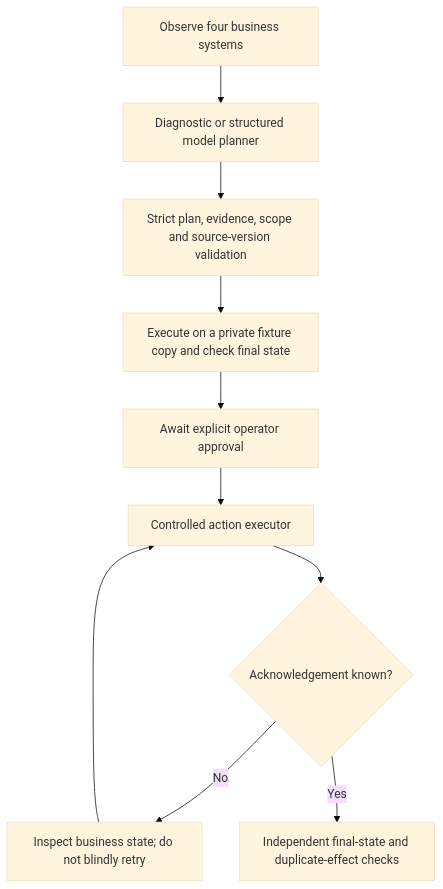
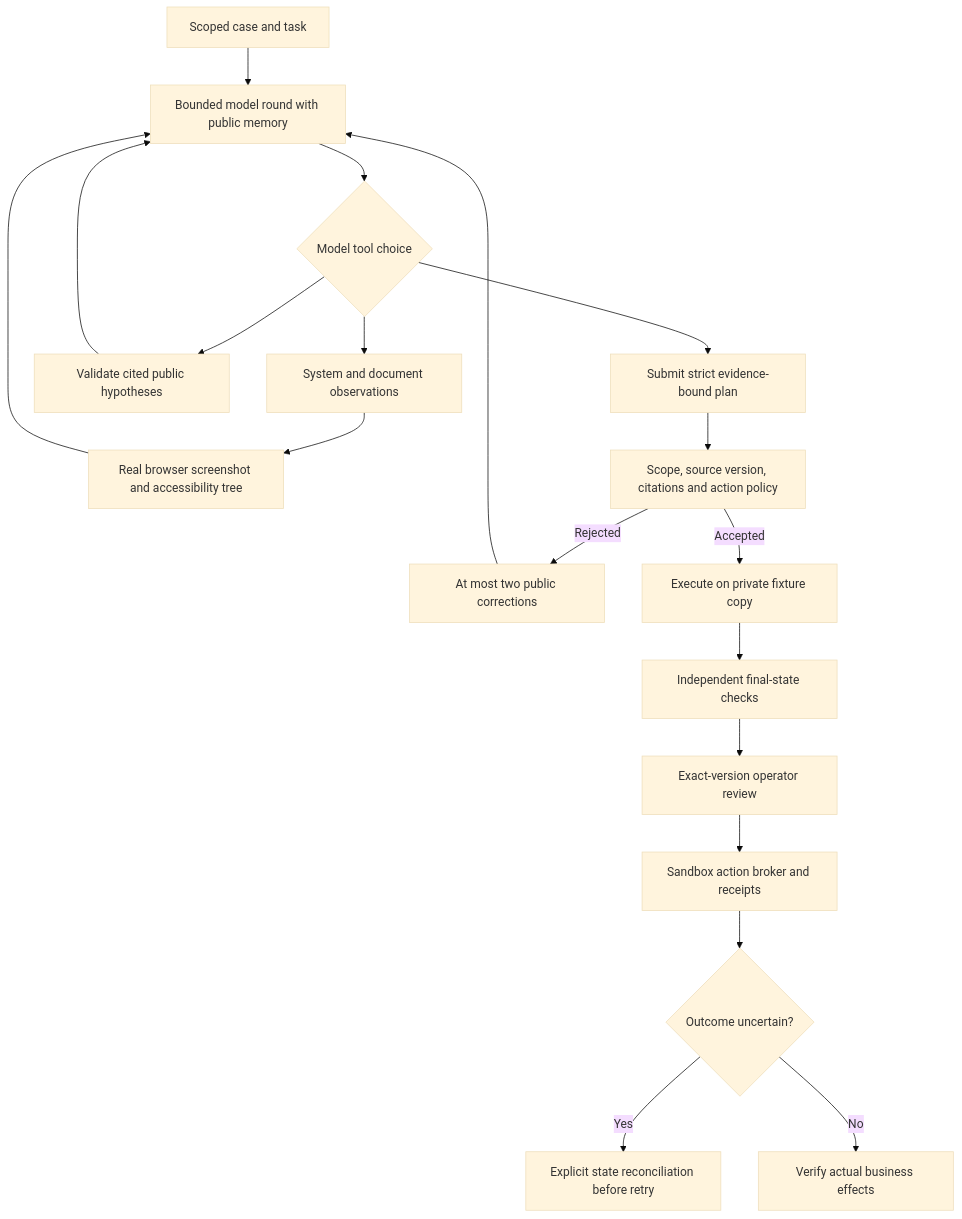
The diagram in README.md (Akhilesh-Vangala/relayops), drawn with Mermaid (base theme) before and after one commit. The commit also changed other lines of this file and 32 other files, not shown here.

````diff
--- a/README.md
+++ b/README.md
@@ -13,12 +25,21 @@
 ```mermaid
 flowchart TD
-  Observe[Observe four business systems] --> Plan[Diagnostic or structured model planner]
-  Plan --> Policy[Strict plan, evidence, scope and source-version validation]
-  Policy --> Simulate[Execute on a private fixture copy and check final state]
-  Simulate --> Review[Await explicit operator approval]
-  Review --> Execute[Controlled action executor]
-  Execute --> Receipt{Acknowledgement known?}
-  Receipt -->|No| Reconcile[Inspect business state; do not blindly retry]
-  Reconcile --> Execute
-  Receipt -->|Yes| Verify[Independent final-state and duplicate-effect checks]
+    Goal[Scoped case and task] --> Model[Bounded model round with public memory]
+    Model --> Choice{Model tool choice}
+    Choice --> Observe[System and document observations]
+    Observe --> Pixels[Real browser screenshot and accessibility tree]
+    Pixels --> Model
+    Choice --> Memory[Validate cited public hypotheses]
+    Memory --> Model
+    Choice --> Plan[Submit strict evidence-bound plan]
+    Plan --> Public[Scope, source version, citations and action policy]
+    Public -->|Rejected| Feedback[At most two public corrections]
+    Feedback --> Model
+    Public -->|Accepted| Simulate[Execute on private fixture copy]
+    Simulate --> Verify[Independent final-state checks]
+    Verify --> Review[Exact-version operator review]
+    Review --> Execute[Sandbox action broker and receipts]
+    Execute --> Unknown{Outcome uncertain?}
+    Unknown -->|Yes| Reconcile[Explicit state reconciliation before retry]
+    Unknown -->|No| Final[Verify actual business effects]
 ```
````
